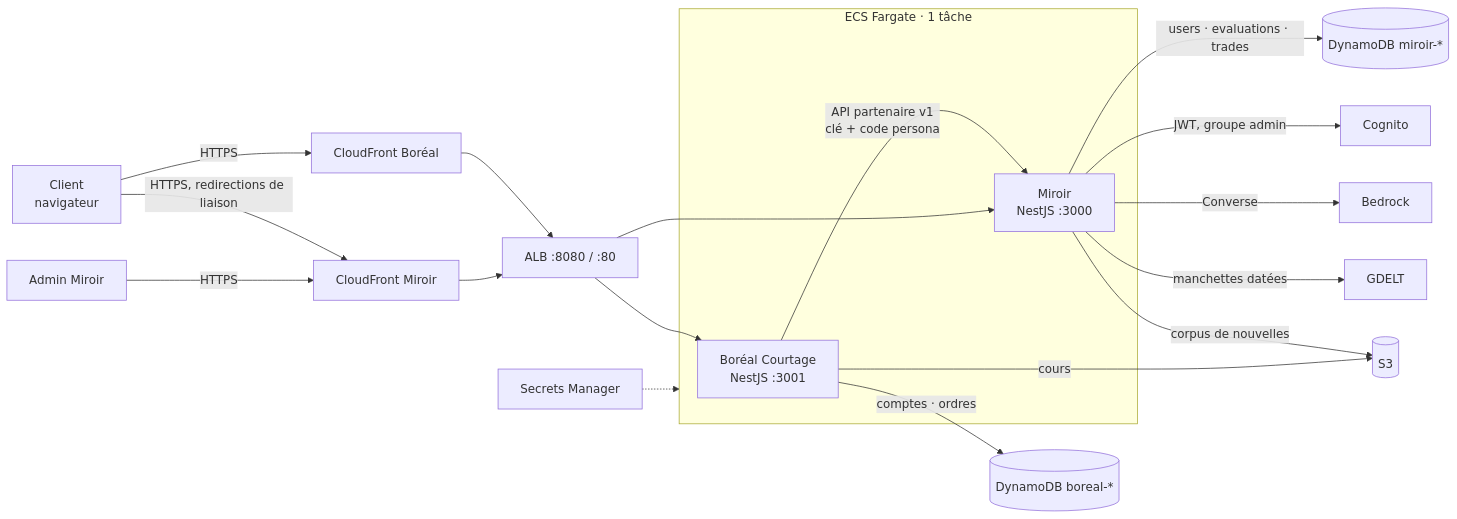
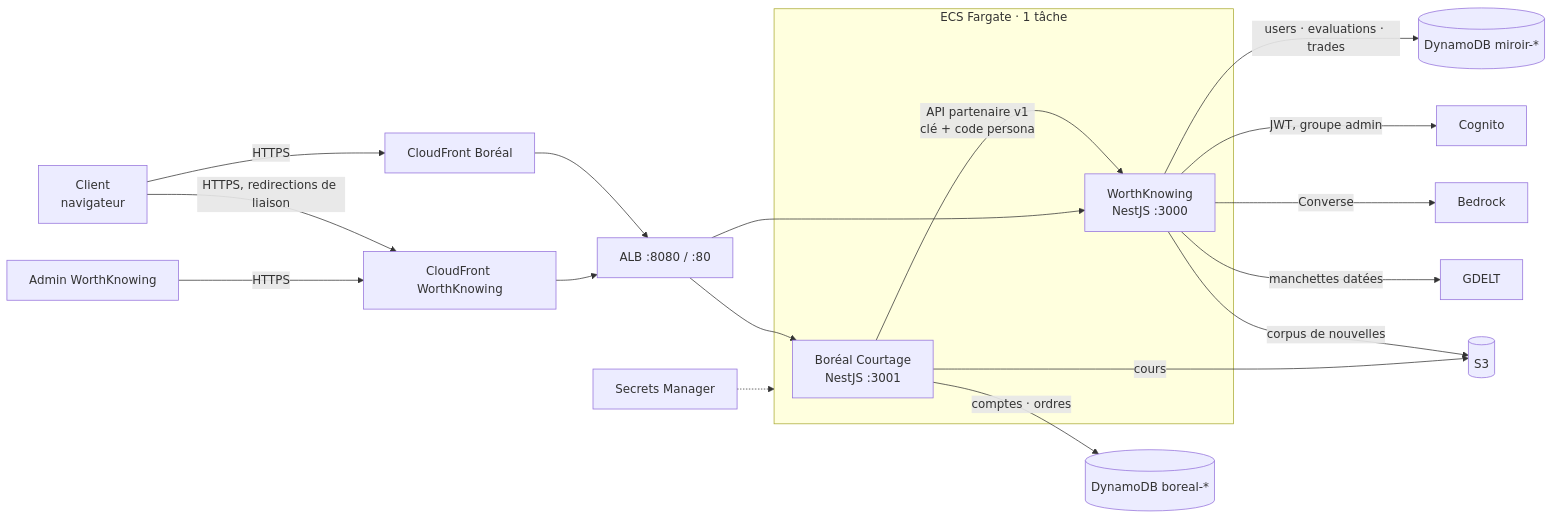
One commit to NakbeWalid/WorthKnowing changed the diagram in README.md. Above: the diagram before and after it, drawn with Mermaid. The commit also changed other lines of this file and 31 other files, not shown here.

````diff
--- a/README.md
+++ b/README.md
@@ -111,23 +193,23 @@
 ```mermaid
 flowchart LR
   UB[Client<br/>navigateur] -->|HTTPS| CFB[CloudFront Boréal]
-  UB -->|HTTPS, redirections de liaison| CFM[CloudFront Miroir]
-  AD[Admin Miroir] -->|HTTPS| CFM
+  UB -->|HTTPS, redirections de liaison| CFM[CloudFront WorthKnowing]
+  AD[Admin WorthKnowing] -->|HTTPS| CFM
   CFB --> ALB[ALB :8080 / :80]
   CFM --> ALB
   subgraph TASK[ECS Fargate · 1 tâche]
     BANK[Boréal Courtage<br/>NestJS :3001]
-    MIR[Miroir<br/>NestJS :3000]
+    MIR[WorthKnowing<br/>NestJS :3000]
     BANK -->|API partenaire v1<br/>clé + code persona| MIR
   end
   ALB --> BANK
   ALB --> MIR
   BANK -->|comptes · ordres| DDBB[(DynamoDB boreal-*)]
   MIR -->|users · evaluations · trades| DDB[(DynamoDB miroir-*)]
   MIR -->|JWT, groupe admin| COG[Cognito]
   MIR -->|Converse| BR[Bedrock]
   MIR -->|manchettes datées| GD[GDELT]
   MIR -->|corpus de nouvelles| S3[(S3)]
   BANK -->|cours| S3
   SM[Secrets Manager] -.-> TASK
 ```
````
